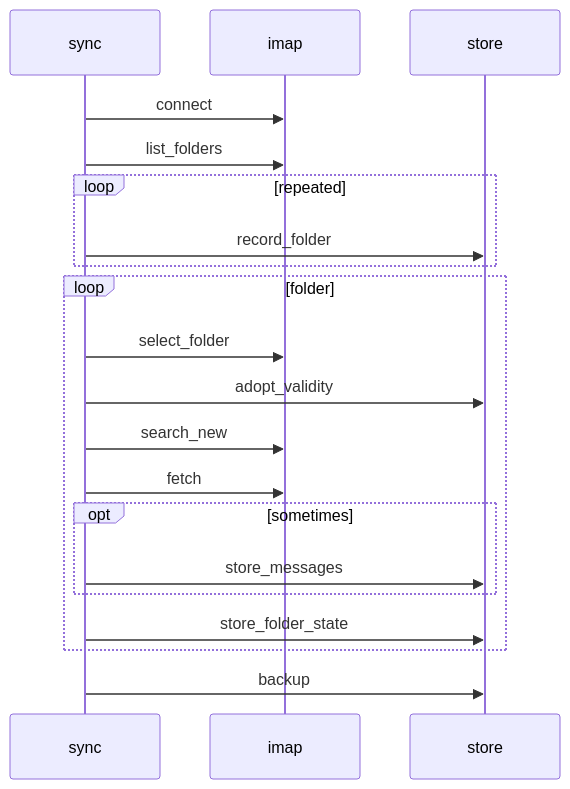
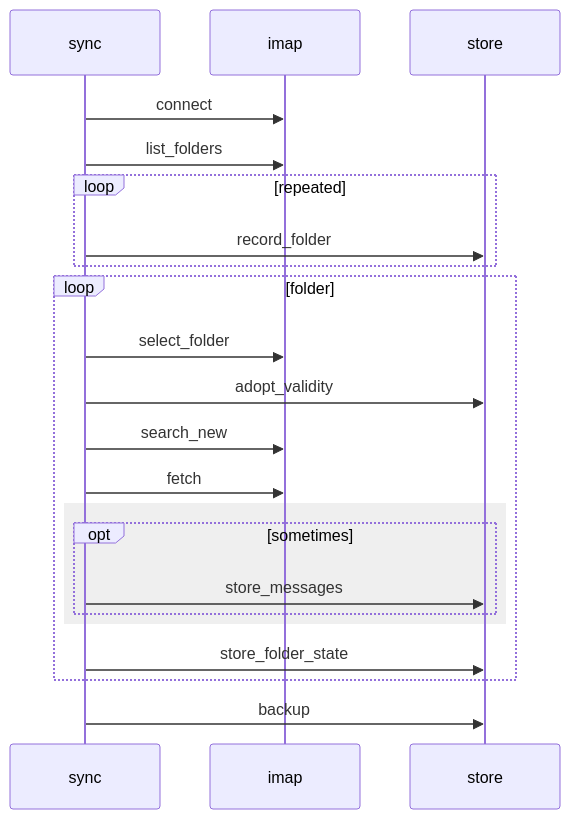
The diagram in docs/dataflow/mail-sync.md (rabalyn/shale), drawn with Mermaid before and after one commit. The commit also changed 10 other files, not shown here.

````diff
--- a/docs/dataflow/mail-sync.md
+++ b/docs/dataflow/mail-sync.md
@@ -8,22 +8,24 @@
 ```mermaid
 sequenceDiagram
     participant sync
     participant imap
     participant store
     sync->>imap: connect
     sync->>imap: list_folders
     loop repeated
         sync->>store: record_folder
     end
     loop folder
         sync->>imap: select_folder
         sync->>store: adopt_validity
         sync->>imap: search_new
         sync->>imap: fetch
-        opt sometimes
-            sync->>store: store_messages
+        rect rgba(127, 127, 127, 0.12)
+            opt sometimes
+                sync->>store: store_messages
+            end
         end
         sync->>store: store_folder_state
     end
     sync->>store: backup
 ```
````
